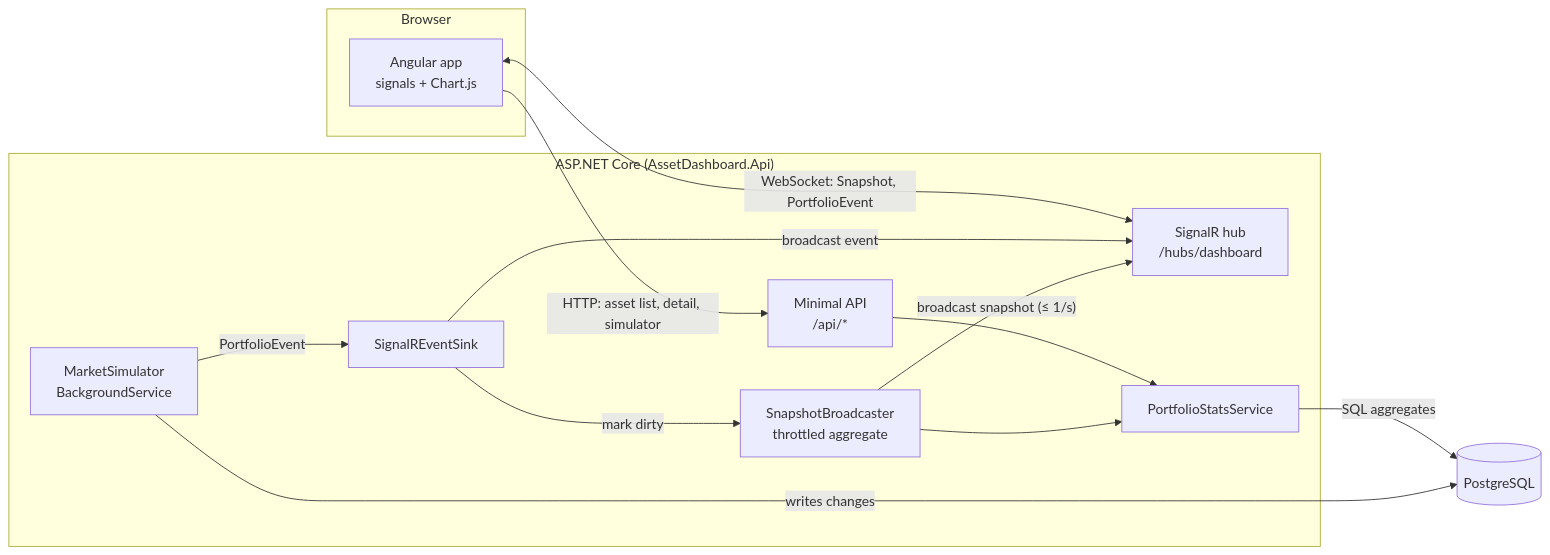
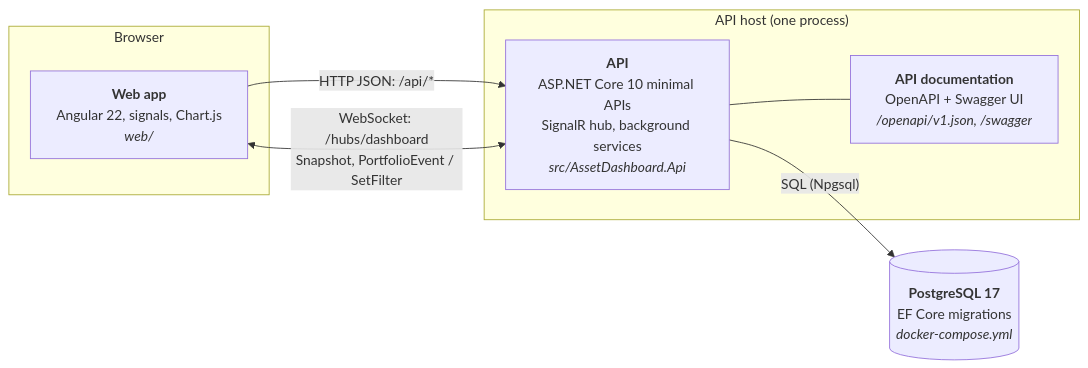
One commit to nsahaiquality/dappDashboard changed the second of 4 diagrams in docs/architecture.md. Above: the diagram before and after it, drawn with Mermaid. The commit also changed other lines of this file and 14 other files, not shown here.

````diff
--- a/docs/architecture.md
+++ b/docs/architecture.md
@@ -5,28 +33,16 @@
 ```mermaid
 flowchart LR
-    subgraph Browser
-        UI[Angular app<br/>signals + Chart.js]
+    subgraph browser["Browser"]
+        web["<b>Web app</b><br/>Angular 22, signals, Chart.js<br/><i>web/</i>"]
     end
+    subgraph server["API host (one process)"]
+        api["<b>API</b><br/>ASP.NET Core 10 minimal APIs<br/>SignalR hub, background services<br/><i>src/AssetDashboard.Api</i>"]
+        docs["<b>API documentation</b><br/>OpenAPI + Swagger UI<br/><i>/openapi/v1.json, /swagger</i>"]
+    end
+    db[("<b>PostgreSQL 17</b><br/>EF Core migrations<br/><i>docker-compose.yml</i>")]
 
-    subgraph API["ASP.NET Core (AssetDashboard.Api)"]
-        REST[Minimal API<br/>/api/*]
-        HUB[SignalR hub<br/>/hubs/dashboard]
-        SNAP[SnapshotBroadcaster<br/>throttled aggregate]
-        SINK[SignalREventSink]
-        SIM[MarketSimulator<br/>BackgroundService]
-        STATS[PortfolioStatsService]
-    end
-
-    DB[(PostgreSQL)]
-
-    UI -- "HTTP: asset list, detail, simulator" --> REST
-    UI <-- "WebSocket: Snapshot, PortfolioEvent" --> HUB
-    REST --> STATS
-    SNAP --> STATS
-    STATS -- "SQL aggregates" --> DB
-    SIM -- "writes changes" --> DB
-    SIM -- "PortfolioEvent" --> SINK
-    SINK -- "broadcast event" --> HUB
-    SINK -- "mark dirty" --> SNAP
-    SNAP -- "broadcast snapshot (≤ 1/s)" --> HUB
+    web -- "HTTP JSON: /api/*" --> api
+    web <-- "WebSocket: /hubs/dashboard<br/>Snapshot, PortfolioEvent / SetFilter" --> api
+    api -- "SQL (Npgsql)" --> db
+    api --- docs
 ```
````
